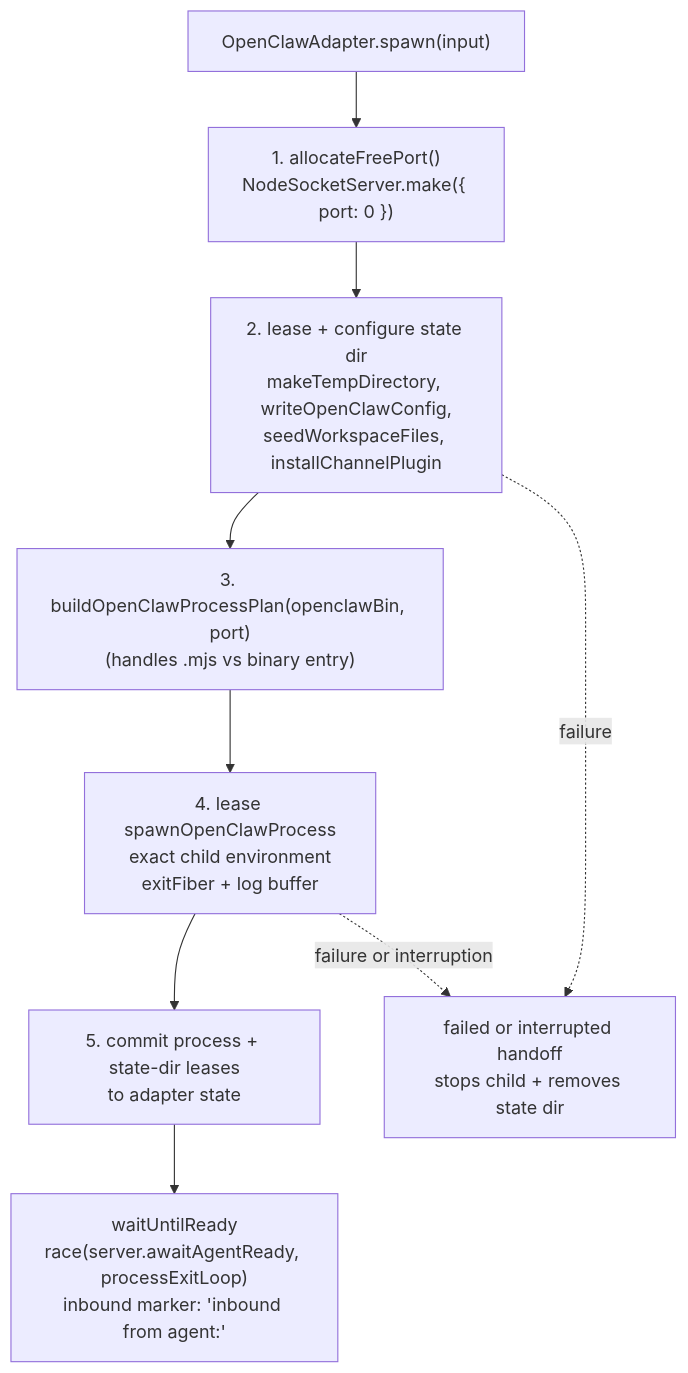
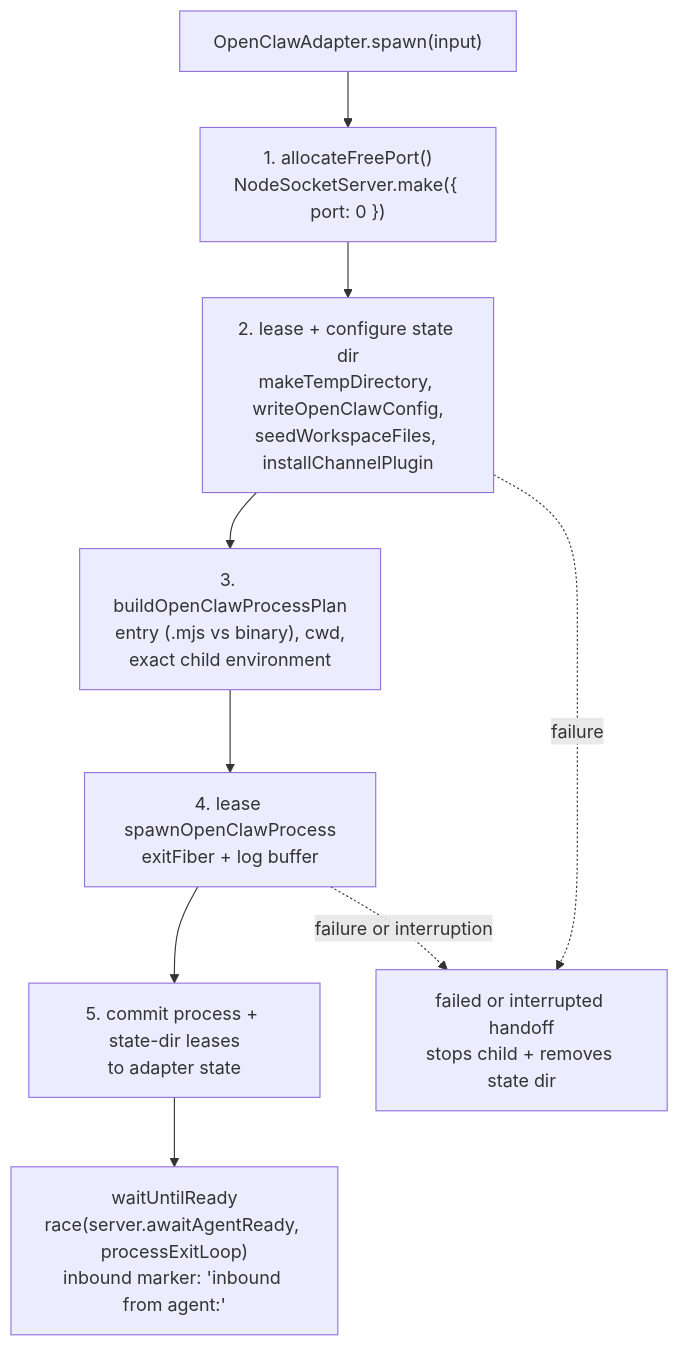
One commit to chughtapan/moltzap changed the fifth of 6 diagrams in docs/modules/testbed/src.mdx. Above: the diagram before and after it, drawn with Mermaid. The commit also changed other lines of this file and 3 other files, not shown here.

First line of the commit message:
fix(testbed): strip the endpoint path from OpenClaw's child server url

````diff
--- a/docs/modules/testbed/src.mdx
+++ b/docs/modules/testbed/src.mdx
@@ -401,14 +401,14 @@
 ```mermaid
 flowchart TD
   OCS["OpenClawAdapter.spawn(input)"]
   OC1["1. allocateFreePort()<br>NodeSocketServer.make({ port: 0 })"]
   OC2["2. lease + configure state dir<br>makeTempDirectory, writeOpenClawConfig,<br>seedWorkspaceFiles, installChannelPlugin"]
-  OC3["3. buildOpenClawProcessPlan(openclawBin, port)<br>(handles .mjs vs binary entry)"]
-  OC4["4. lease spawnOpenClawProcess<br>exact child environment<br>exitFiber + log buffer"]
+  OC3["3. buildOpenClawProcessPlan<br>entry (.mjs vs binary), cwd,<br>exact child environment"]
+  OC4["4. lease spawnOpenClawProcess<br>exitFiber + log buffer"]
   OC5["5. commit process + state-dir leases<br>to adapter state"]
   OCF["failed or interrupted handoff<br>stops child + removes state dir"]
   OCR["waitUntilReady<br>race(server.awaitAgentReady, processExitLoop)<br>inbound marker: 'inbound from agent:'"]
   OCS --> OC1 --> OC2 --> OC3 --> OC4 --> OC5 --> OCR
   OC2 -.->|failure| OCF
   OC4 -.->|failure or interruption| OCF
 ```
````
